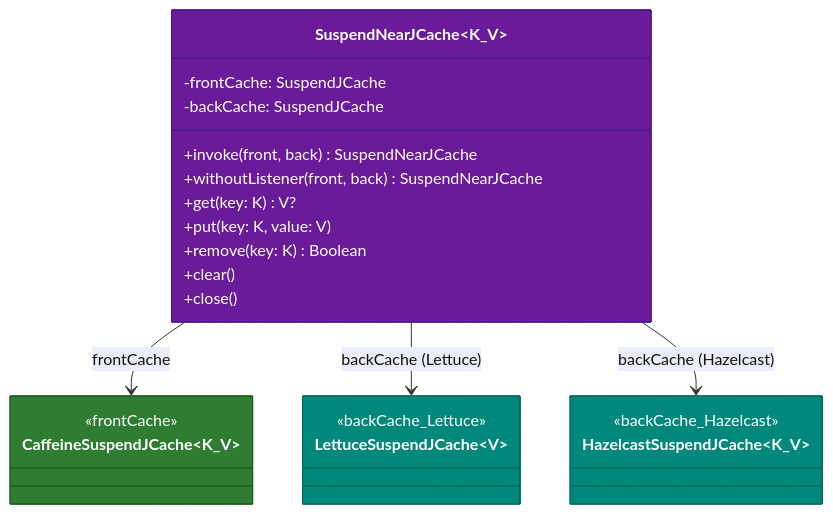
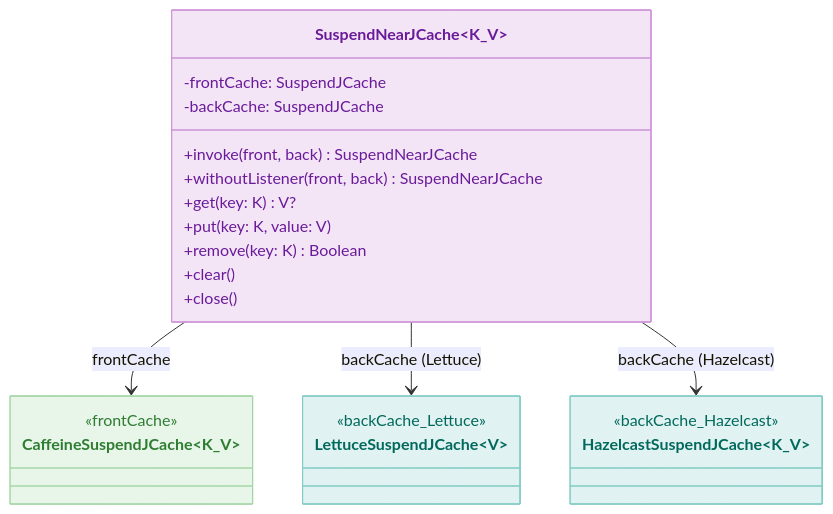
Before and after one commit to bluetape4k/bluetape4k-projects: the seventh of 7 diagrams in infra/cache-core/README.ko.md, drawn with Mermaid. The commit also changed other lines of this file and 219 other files, not shown here.

First line of the commit message:
docs: 전체 README Mermaid 다이어그램 가이드 적용

````diff
--- a/infra/cache-core/README.ko.md
+++ b/infra/cache-core/README.ko.md
@@ -312,35 +300,35 @@
 ```mermaid
 classDiagram
     class SuspendNearJCache~K_V~ {
 -frontCache: SuspendJCache
 -backCache: SuspendJCache
         +invoke(front, back) SuspendNearJCache
         +withoutListener(front, back) SuspendNearJCache
         +get(key: K) V?
         +put(key: K, value: V)
         +remove(key: K) Boolean
         +clear()
         +close()
     }
 
 class CaffeineSuspendJCache~K_V~ {
         <<frontCache>>
     }
 
     class LettuceSuspendJCache~V~ {
 <<backCache_Lettuce>>
     }
 
 class HazelcastSuspendJCache~K_V~ {
 <<backCache_Hazelcast>>
     }
 
 SuspendNearJCache --> CaffeineSuspendJCache: frontCache
 SuspendNearJCache --> LettuceSuspendJCache: backCache (Lettuce)
 SuspendNearJCache --> HazelcastSuspendJCache: backCache (Hazelcast)
 
-    style SuspendNearJCache fill:#6A1B9A,stroke:#4A148C,color:#FFFFFF
-    style CaffeineSuspendJCache fill:#2E7D32,stroke:#1B5E20,color:#FFFFFF
-    style LettuceSuspendJCache fill:#00897B,stroke:#00695C,color:#FFFFFF
-    style HazelcastSuspendJCache fill:#00897B,stroke:#00695C,color:#FFFFFF
+    style SuspendNearJCache fill:#F3E5F5,stroke:#CE93D8,color:#6A1B9A
+    style CaffeineSuspendJCache fill:#E8F5E9,stroke:#A5D6A7,color:#2E7D32
+    style LettuceSuspendJCache fill:#E0F2F1,stroke:#80CBC4,color:#00695C
+    style HazelcastSuspendJCache fill:#E0F2F1,stroke:#80CBC4,color:#00695C
 ```
````
